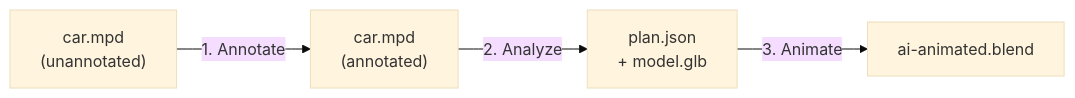
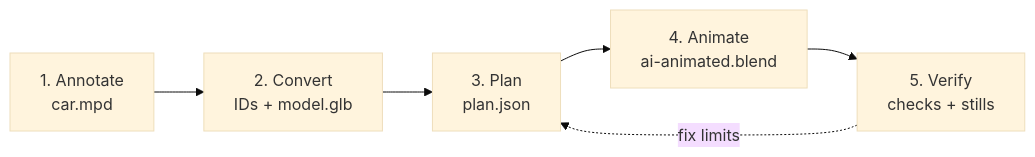
Before and after one commit to anteloc/ldraw-mecha: the first of 4 diagrams in PROCESS.md, drawn with Mermaid (base theme). The commit also changed other lines of this file, not shown here.

````diff
--- a/PROCESS.md
+++ b/PROCESS.md
@@ -6,6 +6,8 @@
 ```mermaid
 flowchart LR
-    raw["car.mpd<br/>(unannotated)"] -->|"1. Annotate"| ann["car.mpd<br/>(annotated)"]
-    ann -->|"2. Analyze"| plan["plan.json<br/>+ model.glb"]
-    plan -->|"3. Animate"| blend["ai-animated.blend"]
+    s1["1. Annotate<br/>car.mpd"] --> s2["2. Convert<br/>IDs + model.glb"]
+    s2 --> s3["3. Plan<br/>plan.json"]
+    s3 --> s4["4. Animate<br/>ai-animated.blend"]
+    s4 --> s5["5. Verify<br/>checks + stills"]
+    s5 -. "fix limits" .-> s3
 ```
````
